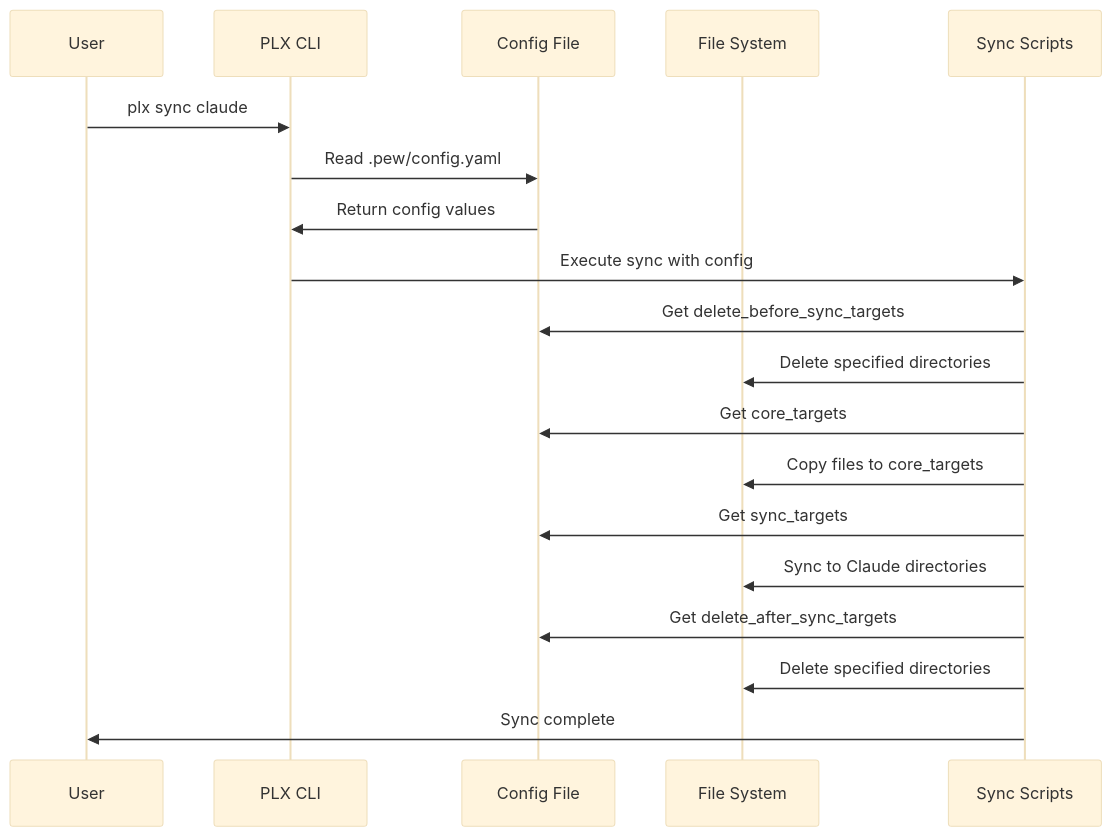
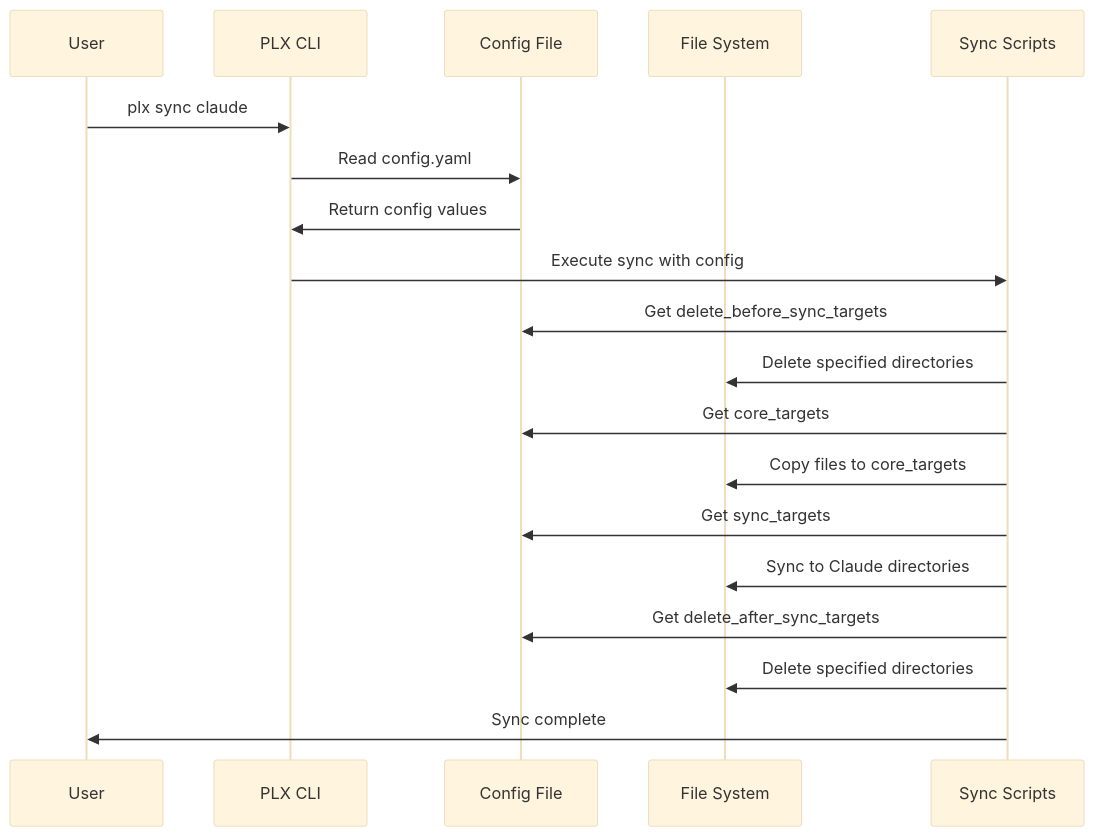
The first of 3 diagrams in issues/tech/framework/configuration/CFG-001-config-yaml-implementation/CFG-001-issue.md (its-brianwithai/pew-pew-plx), drawn with Mermaid (base theme) before and after one commit. The commit also changed other lines of this file and 415 other files, not shown here.

````diff
--- a/issues/tech/framework/configuration/CFG-001-config-yaml-implementation/CFG-001-issue.md
+++ b/issues/tech/framework/configuration/CFG-001-config-yaml-implementation/CFG-001-issue.md
@@ -19,22 +19,22 @@
 ```mermaid
 sequenceDiagram
     participant U as User
     participant CLI as PLX CLI
     participant CF as Config File
     participant FS as File System
     participant SS as Sync Scripts
     
     U->>CLI: plx sync claude
-    CLI->>CF: Read .pew/config.yaml
+    CLI->>CF: Read config.yaml
     CF->>CLI: Return config values
     CLI->>SS: Execute sync with config
     SS->>CF: Get delete_before_sync_targets
     SS->>FS: Delete specified directories
     SS->>CF: Get core_targets
     SS->>FS: Copy files to core_targets
     SS->>CF: Get sync_targets
     SS->>FS: Sync to Claude directories
     SS->>CF: Get delete_after_sync_targets
     SS->>FS: Delete specified directories
     SS->>U: Sync complete
 ```
````
